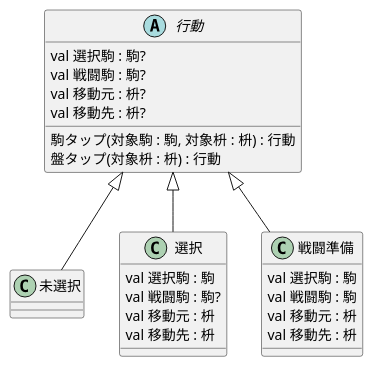
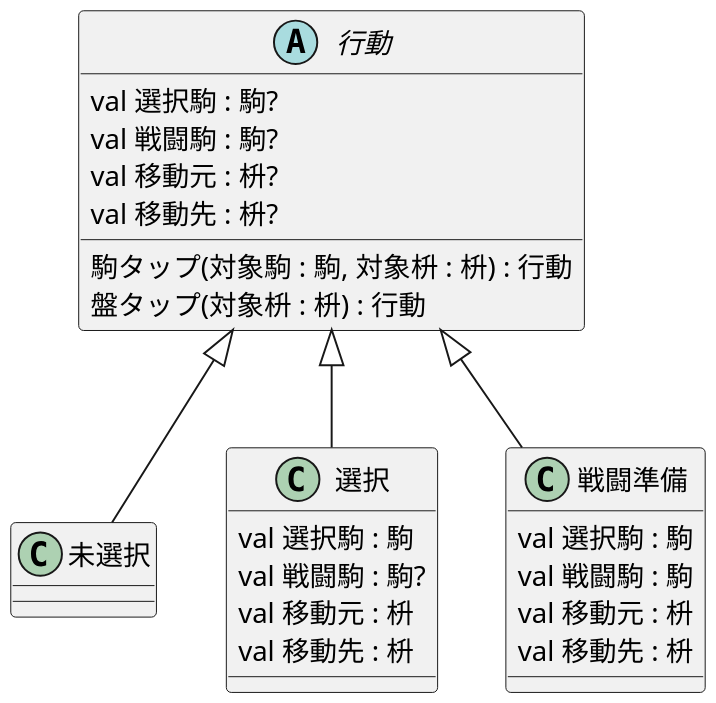
Before and after one commit to turanukimaru/fehs: the diagram in fehsbattlemodel/uml/state_class.puml, drawn with PlantUML. The commit also changed 16 other files, not shown here.

```diff
--- a/fehsbattlemodel/uml/state_class.puml
+++ b/fehsbattlemodel/uml/state_class.puml
@@ -1,31 +1,32 @@
 @startuml
+scale 720 width
 
 abstract class 行動{
 val 選択駒 : 駒?
 val 戦闘駒 : 駒?
 val 移動元 : 枡?
 val 移動先 : 枡?
 駒タップ(対象駒 : 駒, 対象枡 : 枡) : 行動
 盤タップ(対象枡 : 枡) : 行動
 }
 
 class 未選択{
 
 }
 class 選択{
 val 選択駒 : 駒
 val 戦闘駒 : 駒?
 val 移動元 : 枡
 val 移動先 : 枡
 }
 class 戦闘準備{
 val 選択駒 : 駒
 val 戦闘駒 : 駒
 val 移動元 : 枡
 val 移動先 : 枡
 }
 行動 <|-- 未選択
 行動 <|-- 選択
 行動 <|-- 戦闘準備
 
 @enduml
```
